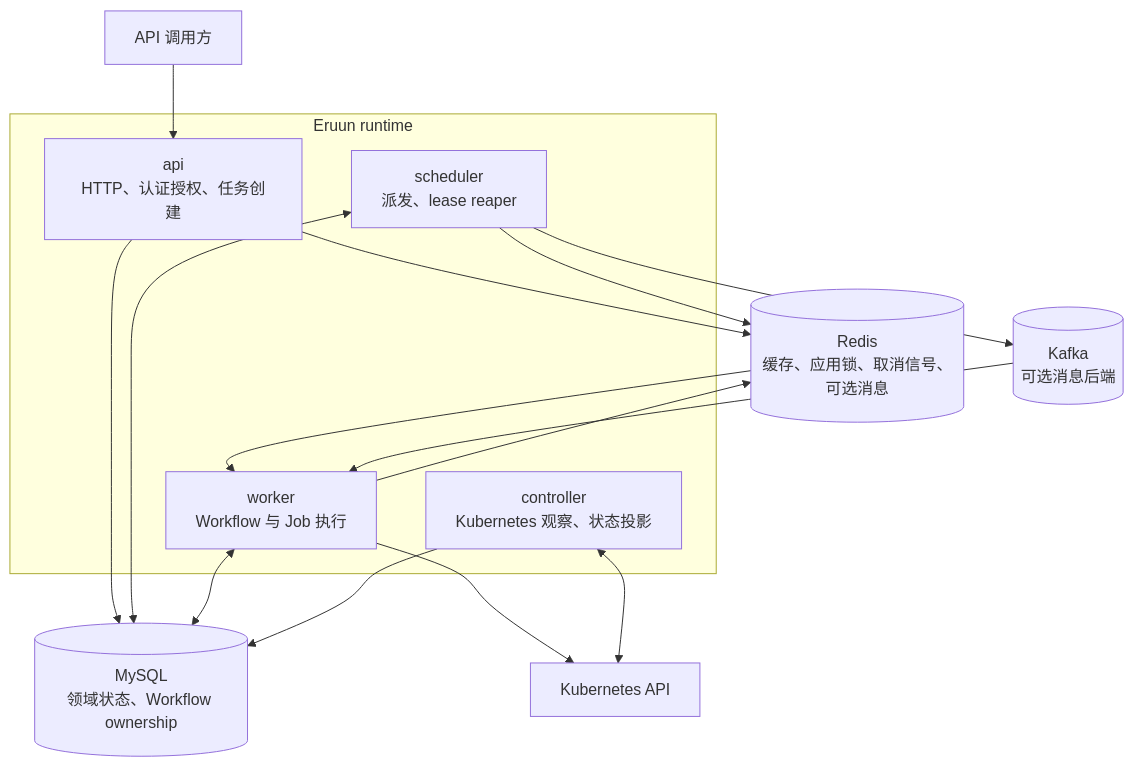
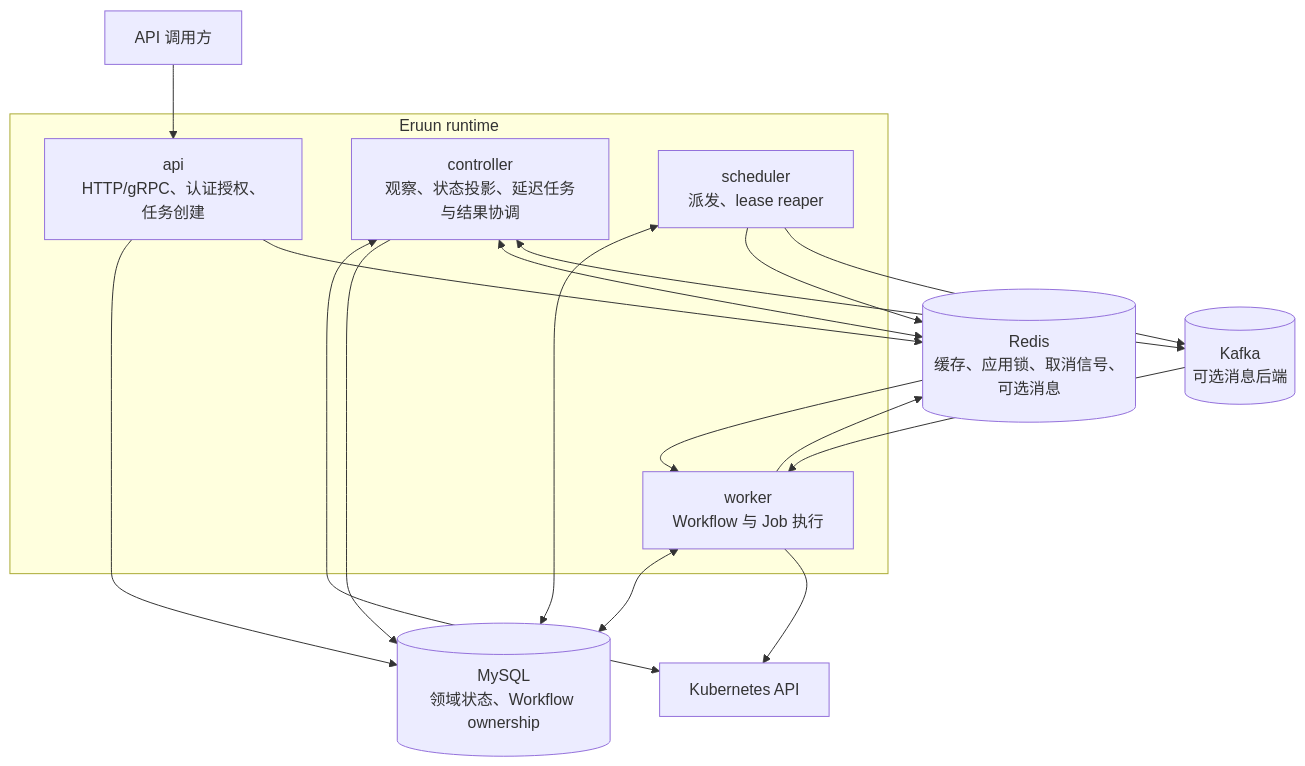
Before and after one commit to PixelCores/Eruun: the first of 5 diagrams in docs/architecture-diagrams.md, drawn with Mermaid. The commit also changed other lines of this file and 6 other files, not shown here.

````diff
--- a/docs/architecture-diagrams.md
+++ b/docs/architecture-diagrams.md
@@ -7,30 +7,32 @@
 ```mermaid
 flowchart TB
     Client[API 调用方]
 
     subgraph Runtime[Eruun runtime]
-        API[api\nHTTP、认证授权、任务创建]
-        Controller[controller\nKubernetes 观察、状态投影]
-        Scheduler[scheduler\n派发、lease reaper]
-        Worker[worker\nWorkflow 与 Job 执行]
+        API["api<br/>HTTP/gRPC、认证授权、任务创建"]
+        Controller["controller<br/>观察、状态投影、延迟任务与结果协调"]
+        Scheduler["scheduler<br/>派发、lease reaper"]
+        Worker["worker<br/>Workflow 与 Job 执行"]
     end
 
-    DB[(MySQL\n领域状态、Workflow ownership)]
-    Redis[(Redis\n缓存、应用锁、取消信号、可选消息)]
-    Kafka[(Kafka\n可选消息后端)]
+    DB[("MySQL<br/>领域状态、Workflow ownership")]
+    Redis[("Redis<br/>缓存、应用锁、取消信号、可选消息")]
+    Kafka[("Kafka<br/>可选消息后端")]
     K8s[Kubernetes API]
 
     Client --> API
     API --> DB
     API --> Redis
     Scheduler <--> DB
     Scheduler --> Redis
     Scheduler --> Kafka
     Redis --> Worker
     Kafka --> Worker
     Worker <--> DB
     Worker --> Redis
     Worker --> K8s
     Controller <--> K8s
     Controller --> DB
+    Controller <--> Redis
+    Controller <--> Kafka
 ```
````
